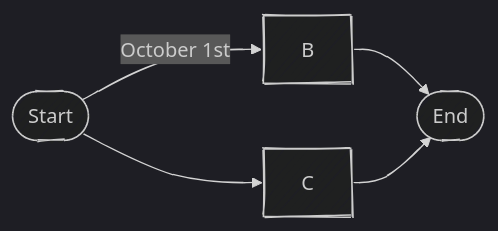
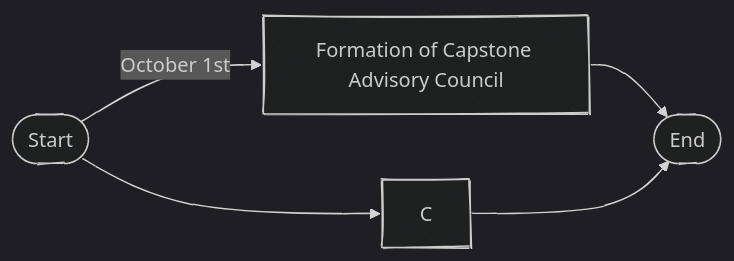
The second of 2 diagrams in simplelow.md (mkarau/testMermaid), drawn with Mermaid before and after one commit.

````diff
--- a/simplelow.md
+++ b/simplelow.md
@@ -9,12 +9,12 @@
 ```mermaid
 ---
 config:
       look: handDrawn
       theme: dark
 ---
 flowchart LR;
-      A([Start])-->|October 1st| B;
+      A([Start])-->|October 1st| B[Formation of Capstone Advisory Council];
       A-->C;
       B-->D;
       C-->D([End]);
 ```
````
